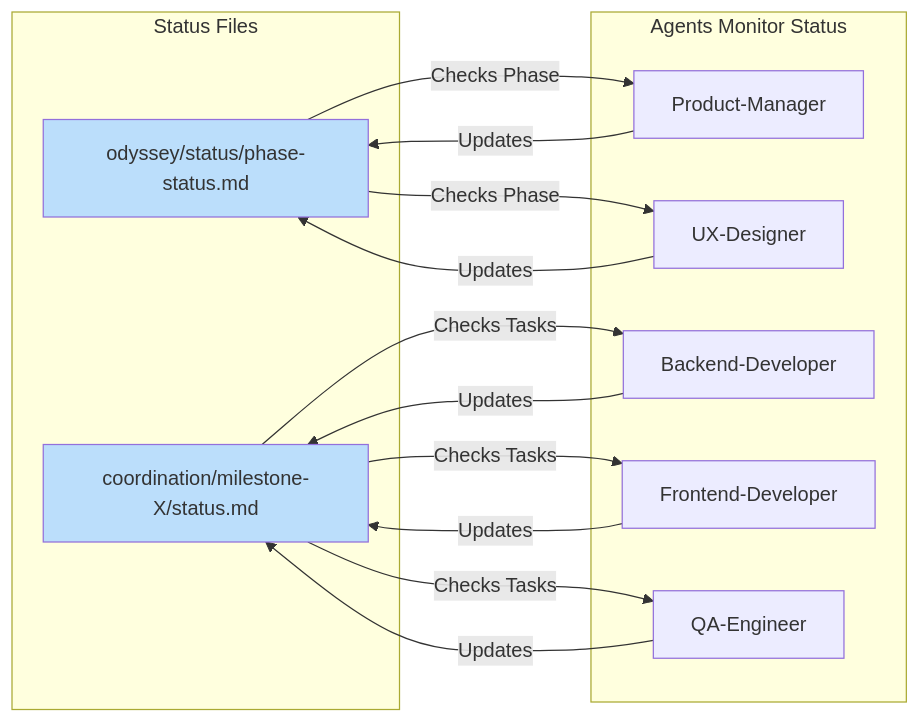
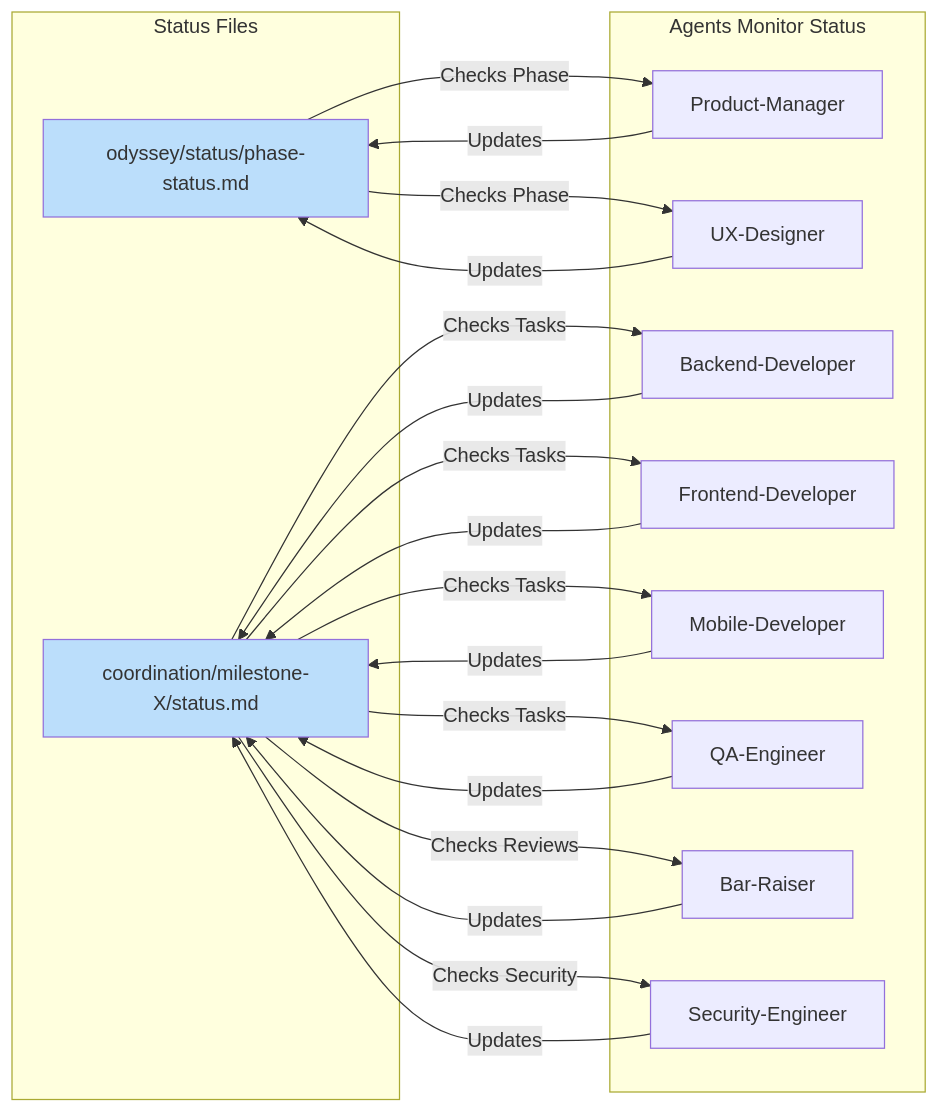
Before and after one commit to xrliAnnie/claude-agents: the second of 3 diagrams in README.md, drawn with Mermaid. The commit also changed other lines of this file and 7 other files, not shown here.

````diff
--- a/README.md
+++ b/README.md
@@ -125,30 +126,39 @@
 ```mermaid
 graph LR
     subgraph "Status Files"
         PS[odyssey/status/phase-status.md]
         MS[coordination/milestone-X/status.md]
     end
     
     subgraph "Agents Monitor Status"
         PM2[Product-Manager]
         UX2[UX-Designer]
         BE[Backend-Developer]
         FE[Frontend-Developer]
+        MD[Mobile-Developer]
         QA[QA-Engineer]
+        BR2[Bar-Raiser]
+        SE2[Security-Engineer]
     end
     
     PS -->|Checks Phase| PM2
     PS -->|Checks Phase| UX2
     MS -->|Checks Tasks| BE
     MS -->|Checks Tasks| FE
+    MS -->|Checks Tasks| MD
     MS -->|Checks Tasks| QA
+    MS -->|Checks Reviews| BR2
+    MS -->|Checks Security| SE2
     
     PM2 -->|Updates| PS
     UX2 -->|Updates| PS
     BE -->|Updates| MS
     FE -->|Updates| MS
+    MD -->|Updates| MS
     QA -->|Updates| MS
+    BR2 -->|Updates| MS
+    SE2 -->|Updates| MS
     
     style PS fill:#bbdefb
     style MS fill:#bbdefb
 ```
````
